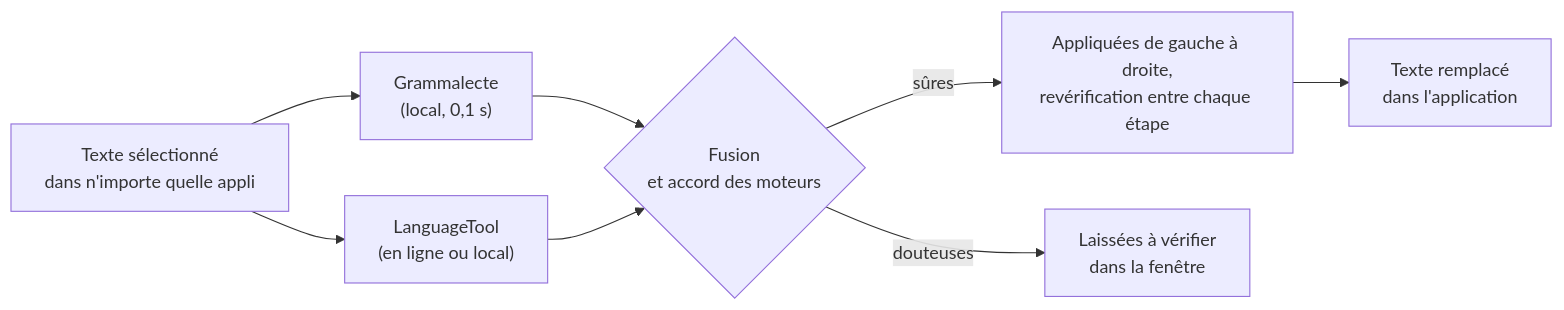
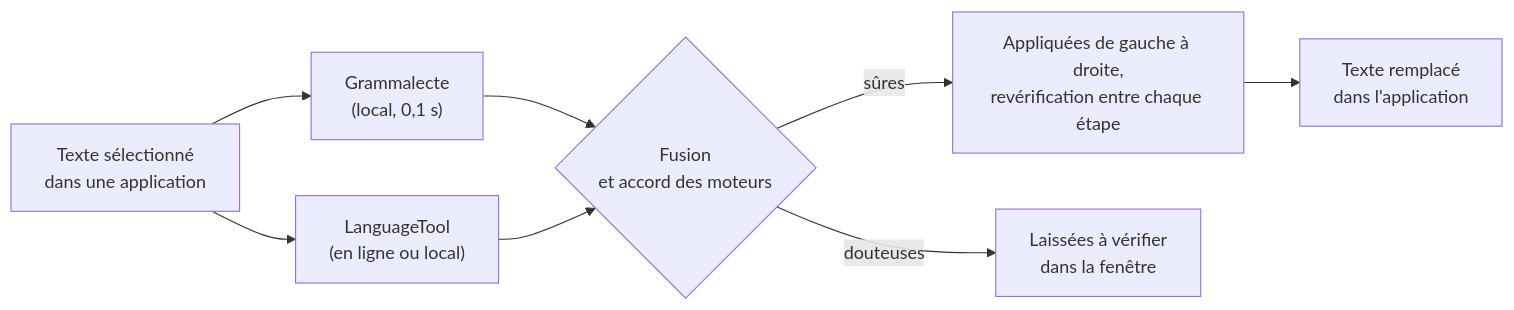
One commit to mateo-brl/correcteur_orthographe changed the diagram in README.md. Above: the diagram before and after it, drawn with Mermaid. The commit also changed other lines of this file and 1 other file, not shown here.

````diff
--- a/README.md
+++ b/README.md
@@ -196,10 +214,10 @@
 ```mermaid
 flowchart LR
-    A["Texte sélectionné<br/>dans n'importe quelle appli"] --> B["Grammalecte<br/>(local, 0,1 s)"]
+    A["Texte sélectionné<br/>dans une application"] --> B["Grammalecte<br/>(local, 0,1 s)"]
     A --> C["LanguageTool<br/>(en ligne ou local)"]
     B --> D{"Fusion<br/>et accord des moteurs"}
     C --> D
     D -->|sûres| E["Appliquées de gauche à droite,<br/>revérification entre chaque étape"]
     D -->|douteuses| F["Laissées à vérifier<br/>dans la fenêtre"]
     E --> G["Texte remplacé<br/>dans l'application"]
 ```
````
